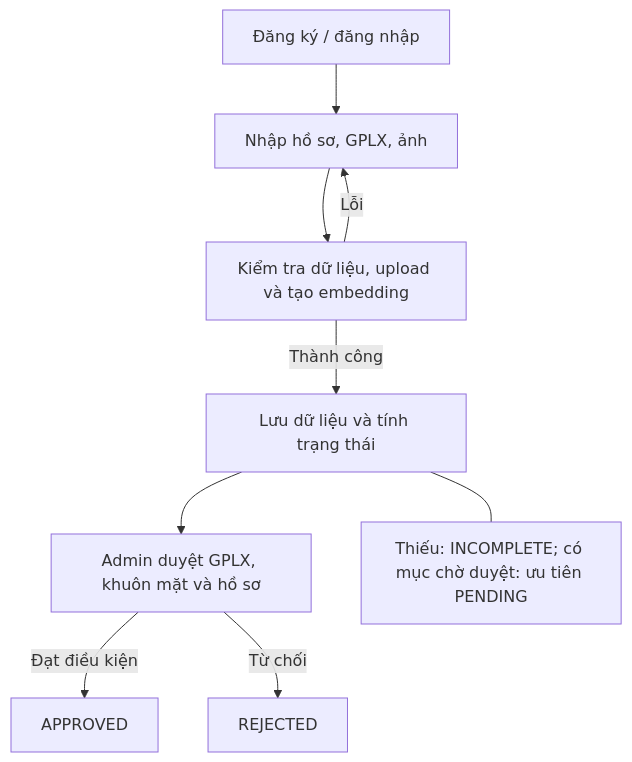
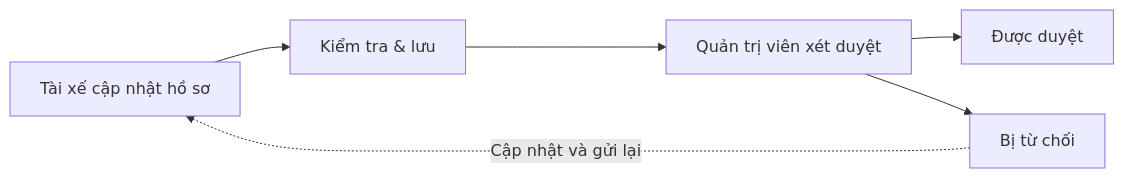
One commit to 2kdietga/PBL6 changed the diagram in docs/bao_cao_2_4/sources/04_ho_so.mmd. Above: the diagram before and after it, drawn with Mermaid. The commit also changed 27 other files, not shown here.

```diff
--- a/docs/bao_cao_2_4/sources/04_ho_so.mmd
+++ b/docs/bao_cao_2_4/sources/04_ho_so.mmd
@@ -1,9 +1,5 @@
-flowchart TD
- A[Đăng ký / đăng nhập] --> B[Nhập hồ sơ, GPLX, ảnh]
- B --> C[Kiểm tra dữ liệu, upload và tạo embedding]
- C -->|Lỗi| B
- C -->|Thành công| D[Lưu dữ liệu và tính trạng thái]
- D --> E[Admin duyệt GPLX, khuôn mặt và hồ sơ]
- E -->|Đạt điều kiện| F[APPROVED]
- E -->|Từ chối| G[REJECTED]
- D --- N[Thiếu: INCOMPLETE; có mục chờ duyệt: ưu tiên PENDING]
+flowchart LR
+ U[Tài xế cập nhật hồ sơ] --> S[Kiểm tra & lưu] --> A[Quản trị viên xét duyệt]
+ A --> Y[Được duyệt]
+ A --> N[Bị từ chối]
+ N -. Cập nhật và gửi lại .-> U
```
